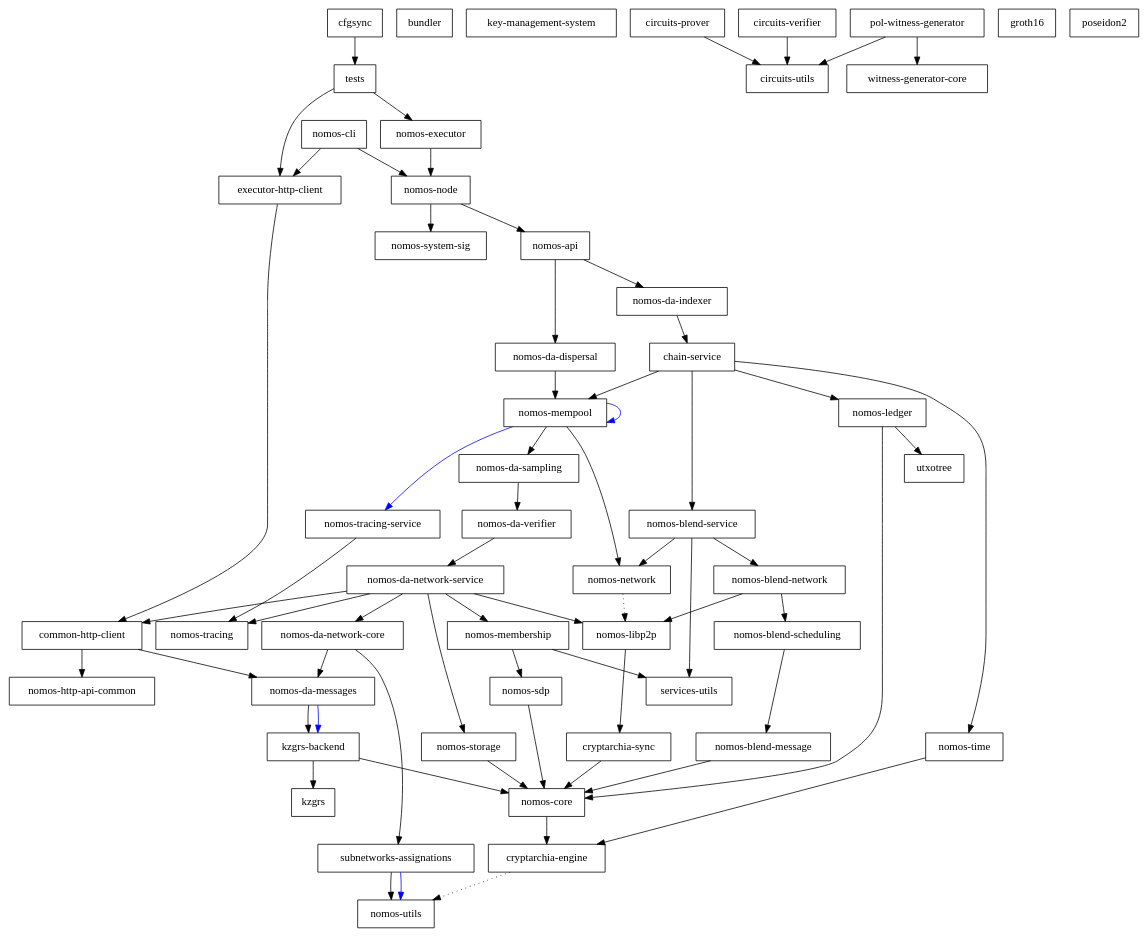
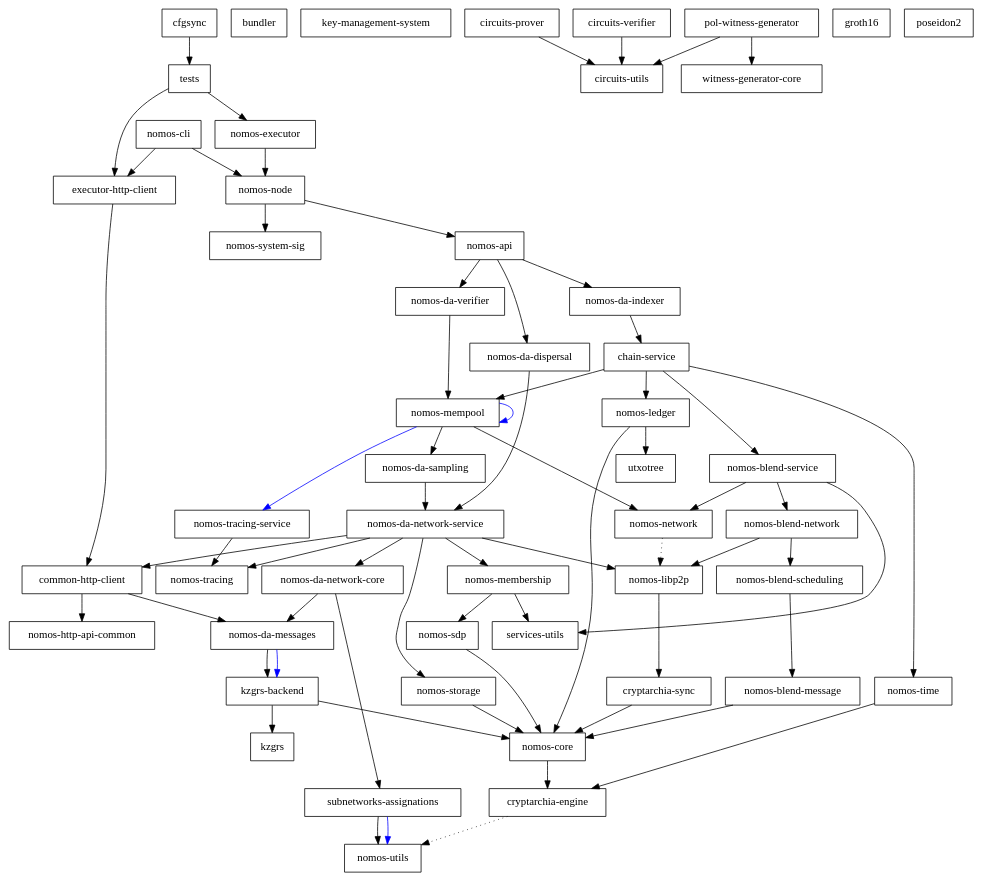
The diagram in dependencies_graph.dot (Astro521/logos-blockchain), drawn with Graphviz before and after one commit. The commit also changed 95 other files, not shown here.

```diff
--- a/dependencies_graph.dot
+++ b/dependencies_graph.dot
@@ -1,115 +1,116 @@
 digraph {
     0 [ label = "cryptarchia-engine" shape = box]
     1 [ label = "nomos-utils" shape = box]
     2 [ label = "cryptarchia-sync" shape = box]
     3 [ label = "nomos-core" shape = box]
     4 [ label = "nomos-ledger" shape = box]
     5 [ label = "utxotree" shape = box]
     6 [ label = "nomos-http-api-common" shape = box]
     7 [ label = "nomos-executor" shape = box]
     8 [ label = "kzgrs-backend" shape = box]
     9 [ label = "kzgrs" shape = box]
     10 [ label = "nomos-api" shape = box]
     11 [ label = "chain-service" shape = box]
     12 [ label = "nomos-blend-service" shape = box]
     13 [ label = "nomos-blend-message" shape = box]
     14 [ label = "nomos-blend-network" shape = box]
     15 [ label = "nomos-blend-scheduling" shape = box]
     16 [ label = "nomos-libp2p" shape = box]
     17 [ label = "nomos-network" shape = box]
     18 [ label = "services-utils" shape = box]
     19 [ label = "nomos-da-sampling" shape = box]
     20 [ label = "nomos-da-network-core" shape = box]
     21 [ label = "nomos-da-messages" shape = box]
     22 [ label = "subnetworks-assignations" shape = box]
     23 [ label = "nomos-da-network-service" shape = box]
     24 [ label = "common-http-client" shape = box]
     25 [ label = "nomos-membership" shape = box]
     26 [ label = "nomos-sdp" shape = box]
     27 [ label = "nomos-storage" shape = box]
     28 [ label = "nomos-tracing" shape = box]
-    29 [ label = "nomos-da-verifier" shape = box]
-    30 [ label = "nomos-mempool" shape = box]
-    31 [ label = "nomos-tracing-service" shape = box]
-    32 [ label = "nomos-time" shape = box]
-    33 [ label = "nomos-da-dispersal" shape = box]
-    34 [ label = "nomos-da-indexer" shape = box]
+    29 [ label = "nomos-mempool" shape = box]
+    30 [ label = "nomos-tracing-service" shape = box]
+    31 [ label = "nomos-time" shape = box]
+    32 [ label = "nomos-da-dispersal" shape = box]
+    33 [ label = "nomos-da-indexer" shape = box]
+    34 [ label = "nomos-da-verifier" shape = box]
     35 [ label = "nomos-node" shape = box]
     36 [ label = "nomos-system-sig" shape = box]
     37 [ label = "executor-http-client" shape = box]
     38 [ label = "bundler" shape = box]
     39 [ label = "nomos-cli" shape = box]
     40 [ label = "key-management-system" shape = box]
     41 [ label = "cfgsync" shape = box]
     42 [ label = "tests" shape = box]
     43 [ label = "circuits-prover" shape = box]
     44 [ label = "circuits-utils" shape = box]
     45 [ label = "circuits-verifier" shape = box]
     46 [ label = "witness-generator-core" shape = box]
     47 [ label = "pol-witness-generator" shape = box]
     48 [ label = "groth16" shape = box]
     49 [ label = "poseidon2" shape = box]
     0 -> 1 [ style = dotted]
     2 -> 3 [ ]
     3 -> 0 [ ]
     4 -> 3 [ ]
     4 -> 5 [ ]
     7 -> 35 [ ]
     8 -> 9 [ ]
     8 -> 3 [ ]
+    10 -> 32 [ ]
     10 -> 33 [ ]
     10 -> 34 [ ]
     11 -> 12 [ ]
     11 -> 4 [ ]
-    11 -> 30 [ ]
-    11 -> 32 [ ]
+    11 -> 29 [ ]
+    11 -> 31 [ ]
     12 -> 14 [ ]
     12 -> 17 [ ]
     12 -> 18 [ ]
     13 -> 3 [ ]
     14 -> 15 [ ]
     14 -> 16 [ ]
     15 -> 13 [ ]
     16 -> 2 [ ]
     17 -> 16 [ style = dotted]
-    19 -> 29 [ ]
+    19 -> 23 [ ]
     20 -> 21 [ ]
     20 -> 22 [ ]
     21 -> 8 [ ]
     21 -> 8 [ color = blue]
     22 -> 1 [ ]
     22 -> 1 [ color = blue]
     23 -> 24 [ ]
     23 -> 20 [ ]
     23 -> 16 [ ]
     23 -> 25 [ ]
     23 -> 27 [ ]
     23 -> 28 [ ]
     24 -> 21 [ ]
     24 -> 6 [ ]
     25 -> 26 [ ]
     25 -> 18 [ ]
     26 -> 3 [ ]
     27 -> 3 [ ]
-    29 -> 23 [ ]
-    30 -> 19 [ ]
-    30 -> 30 [ color = blue]
-    30 -> 17 [ ]
-    30 -> 31 [ color = blue]
-    31 -> 28 [ ]
-    32 -> 0 [ ]
-    33 -> 30 [ ]
-    34 -> 11 [ ]
+    29 -> 19 [ ]
+    29 -> 29 [ color = blue]
+    29 -> 17 [ ]
+    29 -> 30 [ color = blue]
+    30 -> 28 [ ]
+    31 -> 0 [ ]
+    32 -> 23 [ ]
+    33 -> 11 [ ]
+    34 -> 29 [ ]
     35 -> 10 [ ]
     35 -> 36 [ ]
     37 -> 24 [ ]
     39 -> 37 [ ]
     39 -> 35 [ ]
     41 -> 42 [ ]
     42 -> 37 [ ]
     42 -> 7 [ ]
     43 -> 44 [ ]
     45 -> 44 [ ]
     47 -> 44 [ ]
     47 -> 46 [ ]
 }
```
